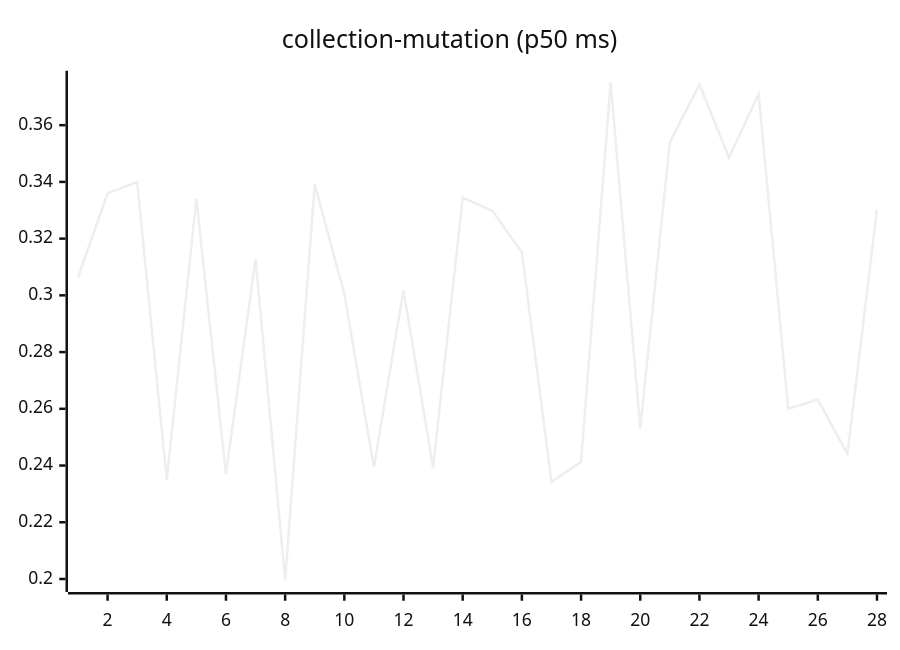
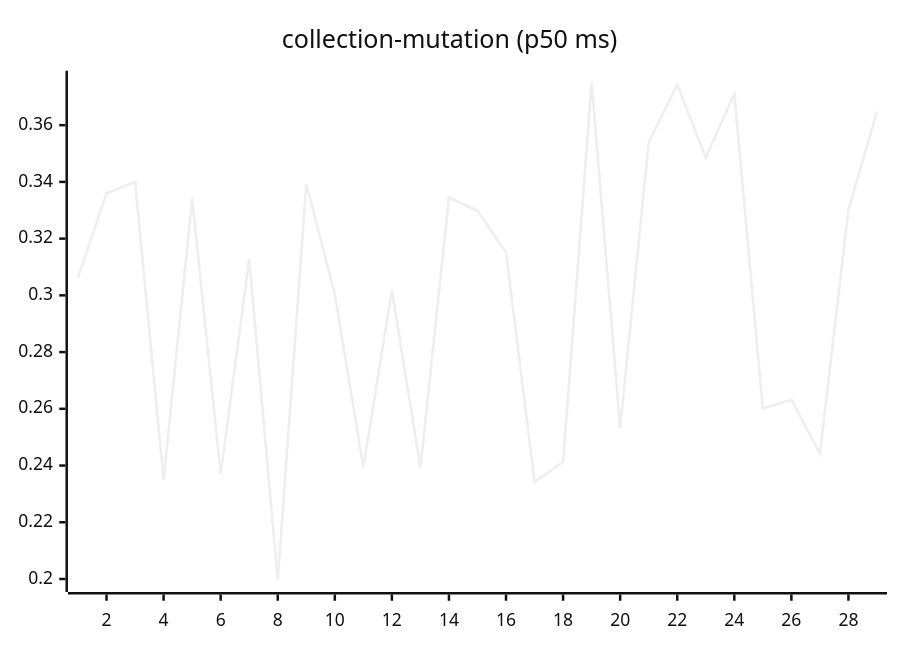
One commit to josha/Facet changed the sixth of 27 diagrams in README.md. Above: the diagram before and after it, drawn with Mermaid (neutral theme). The commit also changed other lines of this file and 2 other files, not shown here.

````diff
--- a/README.md
+++ b/README.md
@@ -98,6 +98,6 @@
 ```mermaid
 xychart-beta
     title "collection-mutation (p50 ms)"
-    x-axis 1 --> 28
-    line [0.3063, 0.3360, 0.3400, 0.2349, 0.3341, 0.2370, 0.3128, 0.1996, 0.3392, 0.3005, 0.2394, 0.3018, 0.2393, 0.3345, 0.3298, 0.3151, 0.2342, 0.2413, 0.3750, 0.2531, 0.3539, 0.3743, 0.3486, 0.3710, 0.2600, 0.2633, 0.2441, 0.3302]
+    x-axis 1 --> 29
+    line [0.3063, 0.3360, 0.3400, 0.2349, 0.3341, 0.2370, 0.3128, 0.1996, 0.3392, 0.3005, 0.2394, 0.3018, 0.2393, 0.3345, 0.3298, 0.3151, 0.2342, 0.2413, 0.3750, 0.2531, 0.3539, 0.3743, 0.3486, 0.3710, 0.2600, 0.2633, 0.2441, 0.3302, 0.3648]
 ```
````
